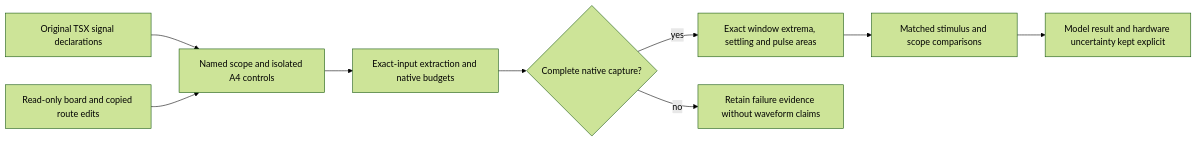
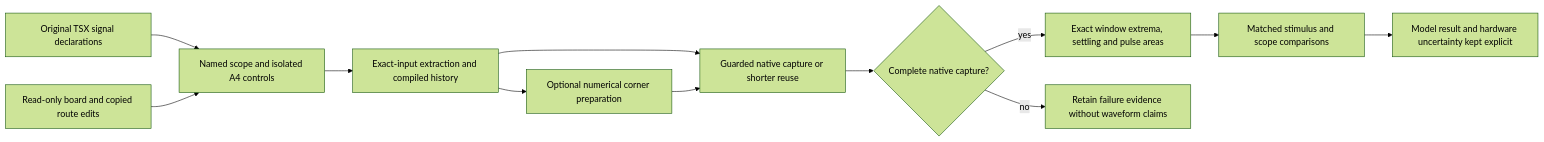
One commit to tscircuit/pcb-spice-pipeline changed the diagram in docs/addr-cmd-qualification.md. Above: the diagram before and after it, drawn with Mermaid (forest theme). The commit also changed other lines of this file and 2 other files, not shown here.

````diff
--- a/docs/addr-cmd-qualification.md
+++ b/docs/addr-cmd-qualification.md
@@ -527,11 +521,14 @@
 ```mermaid
 flowchart LR
   tsx[Original TSX signal declarations] --> controls[Named scope and isolated A4 controls]
   copy[Read-only board and copied route edits] --> controls
-  controls --> guards[Exact-input extraction and native budgets]
+  controls --> compile[Exact-input extraction and compiled history]
+  compile --> guards[Guarded native capture or shorter reuse]
+  compile --> padding[Optional numerical corner preparation]
+  padding --> guards
   guards --> complete{Complete native capture?}
   complete -->|yes| metrics[Exact window extrema, settling and pulse areas]
   complete -->|no| failures[Retain failure evidence without waveform claims]
   metrics --> compare[Matched stimulus and scope comparisons]
   compare --> verdict[Model result and hardware uncertainty kept explicit]
 ```
````
